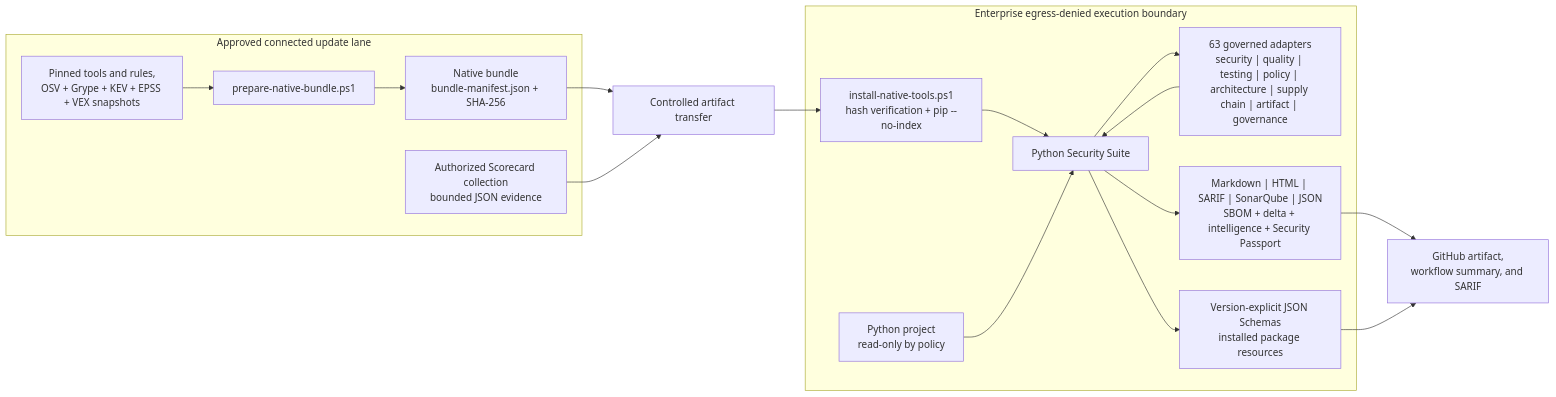
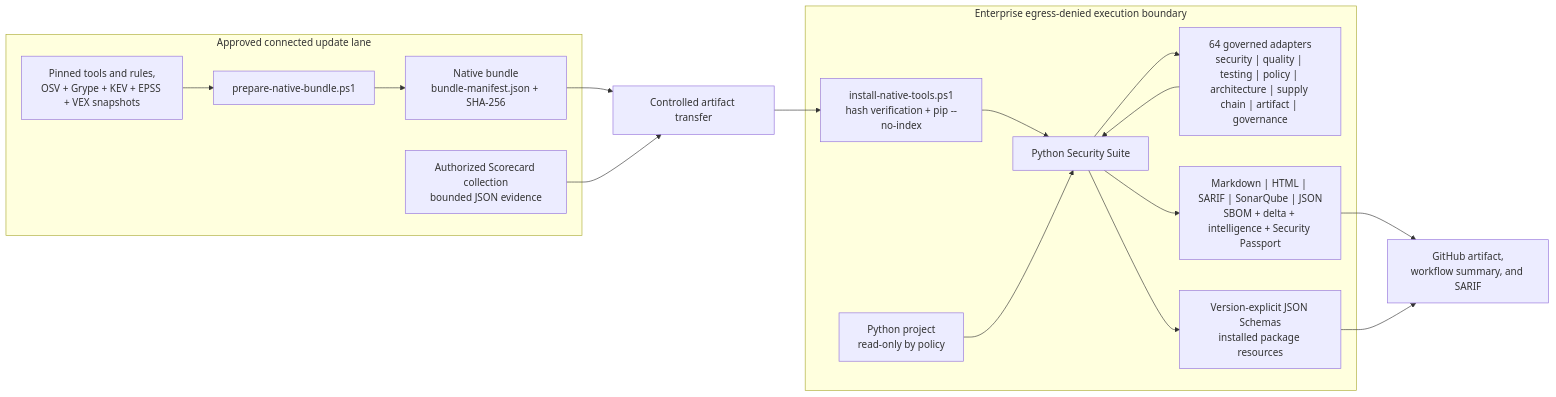
The first of 11 diagrams in docs/design.md (willtran87/project-py-security-suite), drawn with Mermaid before and after one commit. The commit also changed other lines of this file and 37 other files, not shown here.

Commit message:
Add graph-aware structural evidence synthesis

````diff
--- a/docs/design.md
+++ b/docs/design.md
@@ -29,34 +29,34 @@
 ```mermaid
 flowchart LR
     subgraph Connected["Approved connected update lane"]
         Prep["prepare-native-bundle.ps1"]
         Sources["Pinned tools and rules,<br/>OSV + Grype + KEV + EPSS + VEX snapshots"]
         ScorecardCollect["Authorized Scorecard collection<br/>bounded JSON evidence"]
         Bundle["Native bundle<br/>bundle-manifest.json + SHA-256"]
         Sources --> Prep --> Bundle
     end
 
     Transfer["Controlled artifact transfer"]
 
     subgraph Boundary["Enterprise egress-denied execution boundary"]
         Install["install-native-tools.ps1<br/>hash verification + pip --no-index"]
         Project["Python project<br/>read-only by policy"]
         Suite["Python Security Suite"]
-        Scanners["63 governed adapters<br/>security | quality | testing | policy | architecture | supply chain | artifact | governance"]
+        Scanners["64 governed adapters<br/>security | quality | testing | policy | architecture | supply chain | artifact | governance"]
         Reports["Markdown | HTML | SARIF | SonarQube | JSON<br/>SBOM + delta + intelligence + Security Passport"]
         Contracts["Version-explicit JSON Schemas<br/>installed package resources"]
         Install --> Suite
         Project --> Suite
         Suite --> Scanners
         Scanners --> Suite
         Suite --> Reports
         Suite --> Contracts
     end
 
     GitHub["GitHub artifact,<br/>workflow summary, and SARIF"]
 
     Bundle --> Transfer --> Install
     ScorecardCollect --> Transfer
     Reports --> GitHub
     Contracts --> GitHub
 ```
````
